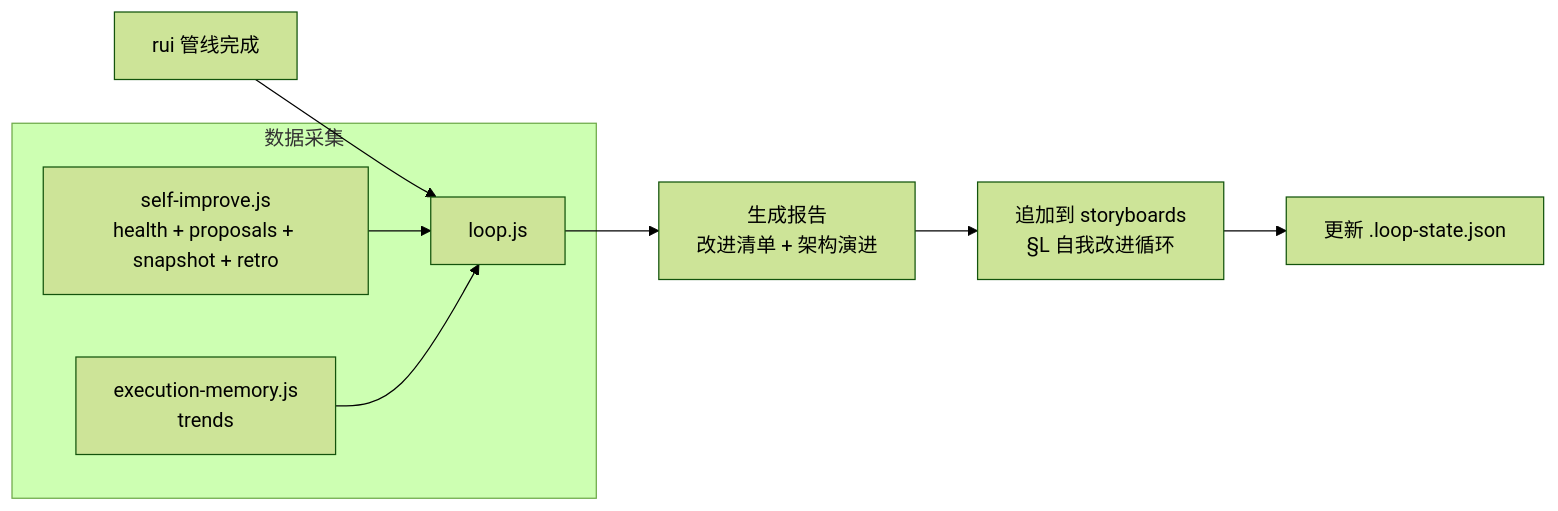
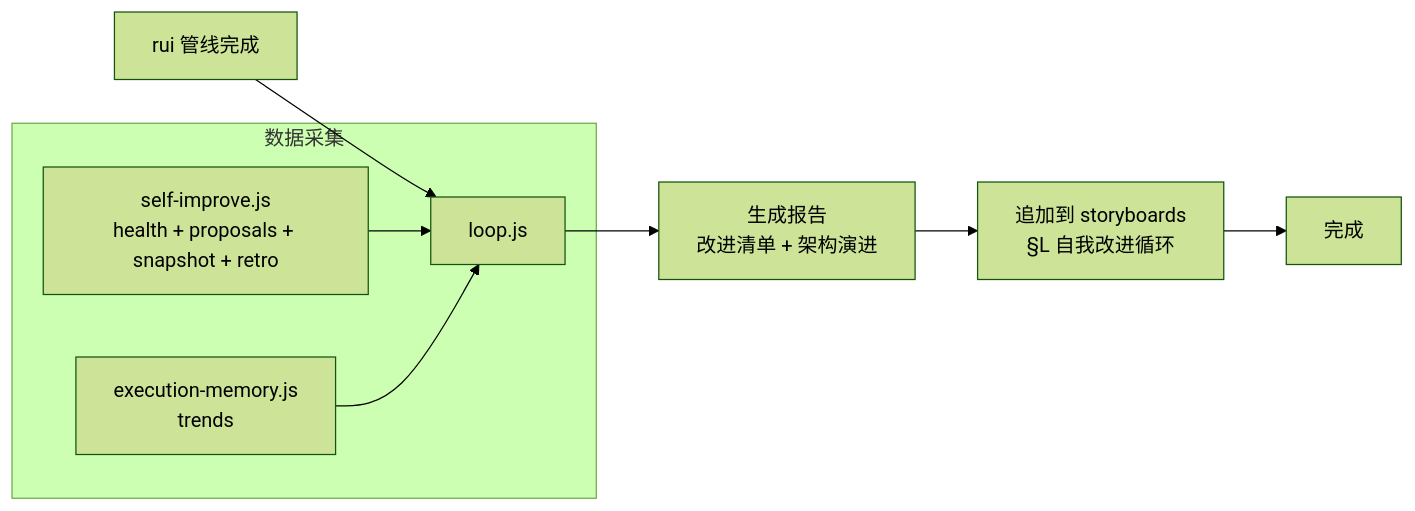
One commit to effiy/YrY changed the first of 3 diagrams in skills/self-improve-loop/SKILL.md. Above: the diagram before and after it, drawn with Mermaid (forest theme). The commit also changed other lines of this file and 6 other files, not shown here.

````diff
--- a/skills/self-improve-loop/SKILL.md
+++ b/skills/self-improve-loop/SKILL.md
@@ -14,11 +14,11 @@
 ```mermaid
 flowchart LR
     RUI[rui 管线完成] --> LP[loop.js]
     subgraph 数据采集
         SI["self-improve.js<br/>health + proposals + snapshot + retro"] --> LP
         EM["execution-memory.js<br/>trends"] --> LP
     end
     LP --> GEN[生成报告<br/>改进清单 + 架构演进]
     GEN --> SB["追加到 storyboards<br/>§L 自我改进循环"]
-    SB --> STATE[更新 .loop-state.json]
+    SB --> DONE[完成]
 ```
````
